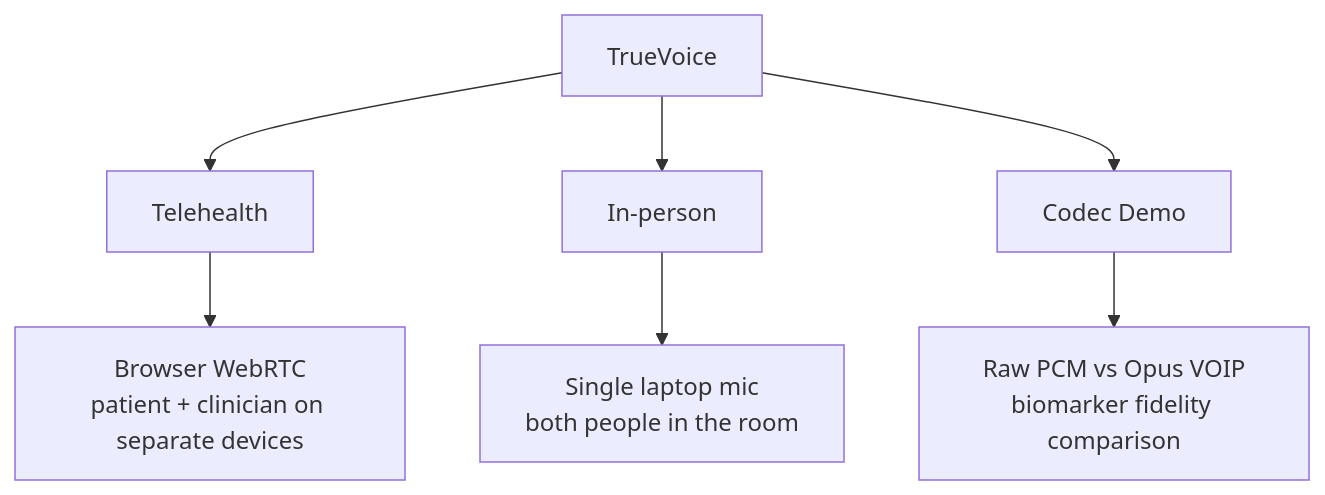
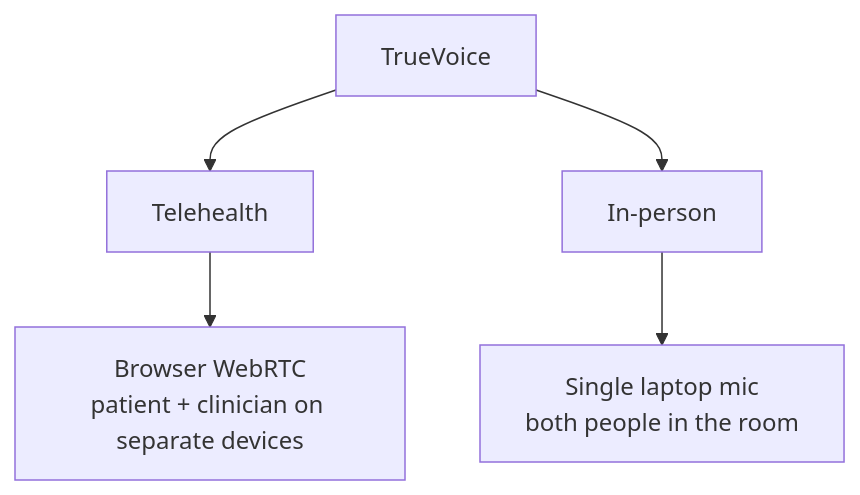
One commit to IndigoLuksch/TrueVoice-Voice-AI-Hack changed the second of 2 diagrams in README.md. Above: the diagram before and after it, drawn with Mermaid. The commit also changed other lines of this file, not shown here.

````diff
--- a/README.md
+++ b/README.md
@@ -80,10 +80,8 @@
 ```mermaid
 graph TD
     A[TrueVoice] --> B[Telehealth]
     A --> C[In-person]
-    A --> D[Codec Demo]
 
     B --> B1["Browser WebRTC\npatient + clinician on separate devices"]
     C --> C1["Single laptop mic\nboth people in the room"]
-    D --> D1["Raw PCM vs Opus VOIP\nbiomarker fidelity comparison"]
 ```
````
